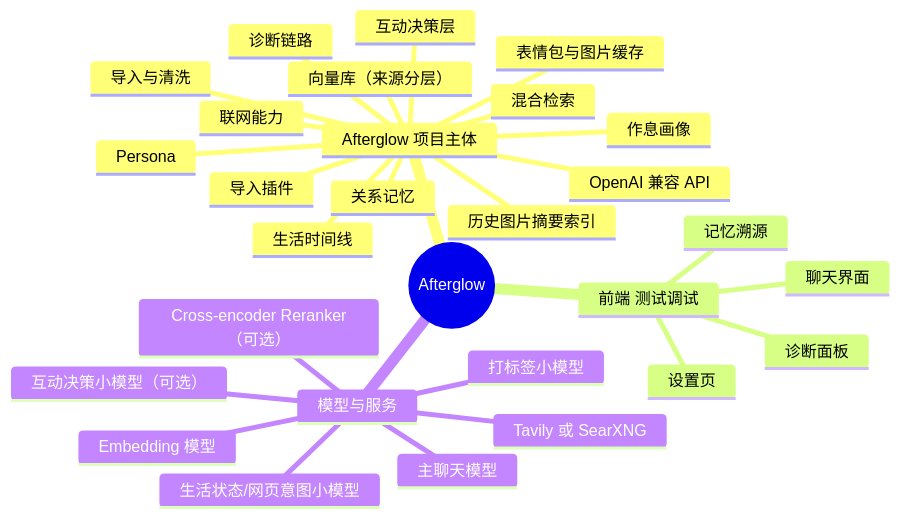
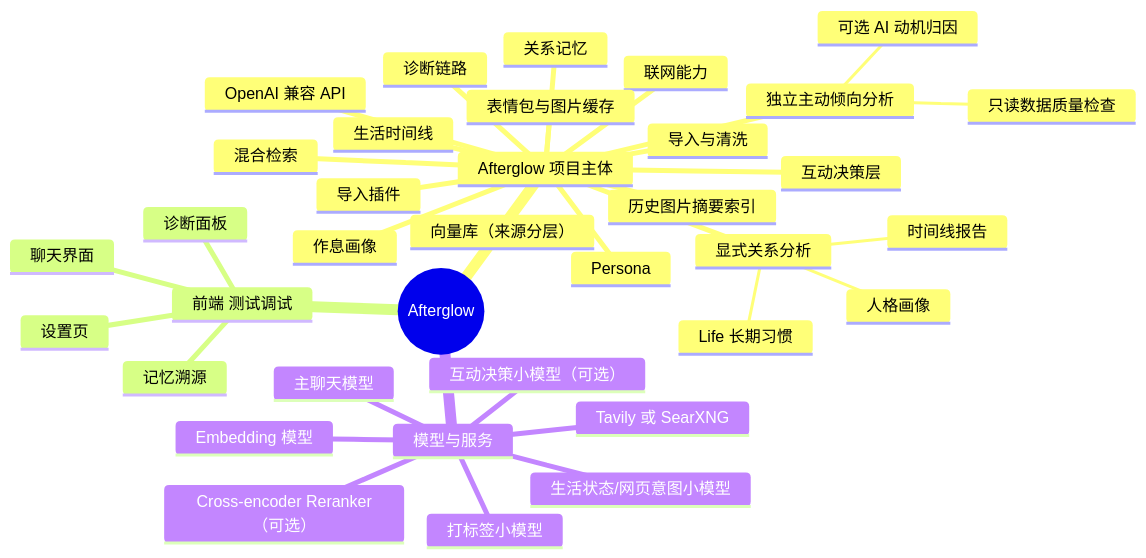
Before and after one commit to kldhsh123/Afterglow: the second of 2 diagrams in docs/wiki/整体架构.md, drawn with Mermaid. The commit also changed other lines of this file and 34 other files, not shown here.

````diff
--- a/docs/wiki/整体架构.md
+++ b/docs/wiki/整体架构.md
@@ -71,32 +88,39 @@
 ```mermaid
 mindmap
   root((Afterglow))
     Afterglow 项目主体
       导入与清洗
       导入插件
       向量库（来源分层）
       历史图片摘要索引
       混合检索
       Persona
       作息画像
       生活时间线
+      显式关系分析
+        时间线报告
+        人格画像
+        Life 长期习惯
+      独立主动倾向分析
+        可选 AI 动机归因
+        只读数据质量检查
       关系记忆
       互动决策层
       联网能力
       表情包与图片缓存
       OpenAI 兼容 API
       诊断链路
     前端 测试调试
       聊天界面
       记忆溯源
       设置页
       诊断面板
     模型与服务
       主聊天模型
       Embedding 模型
       打标签小模型
       生活状态/网页意图小模型
       互动决策小模型（可选）
       Cross-encoder Reranker（可选）
       Tavily 或 SearXNG
 ```
````
